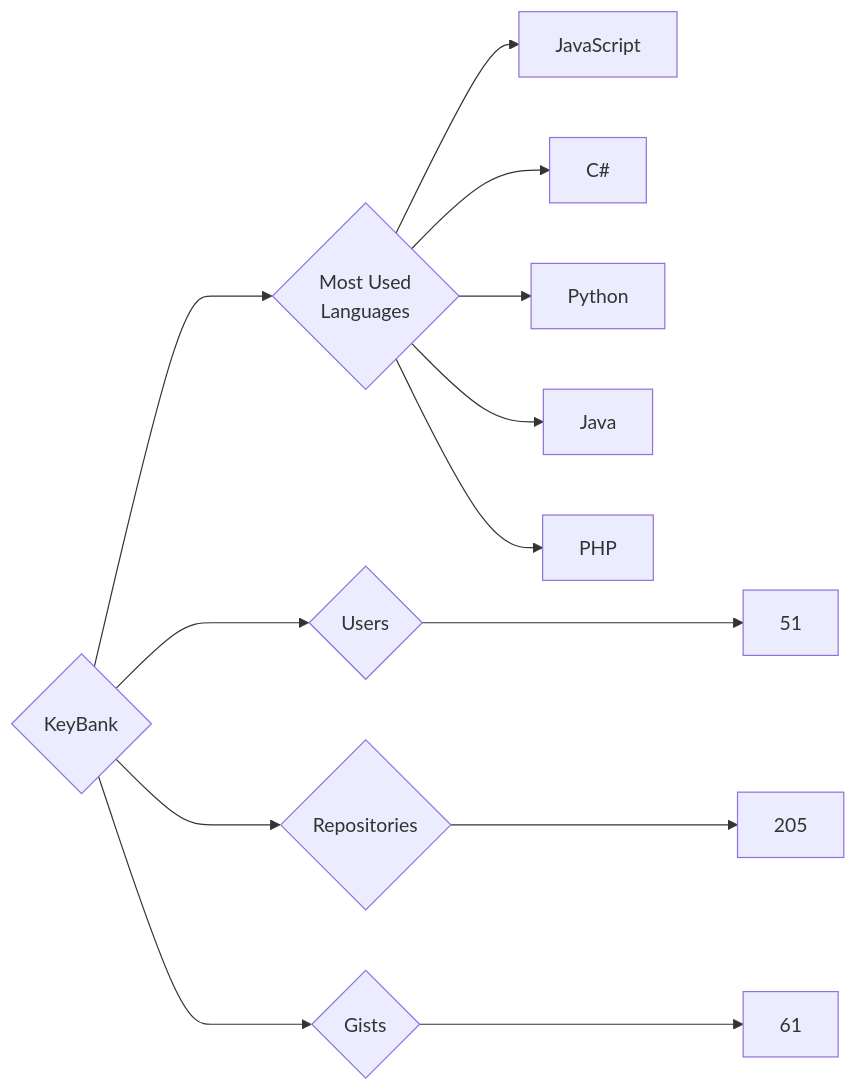
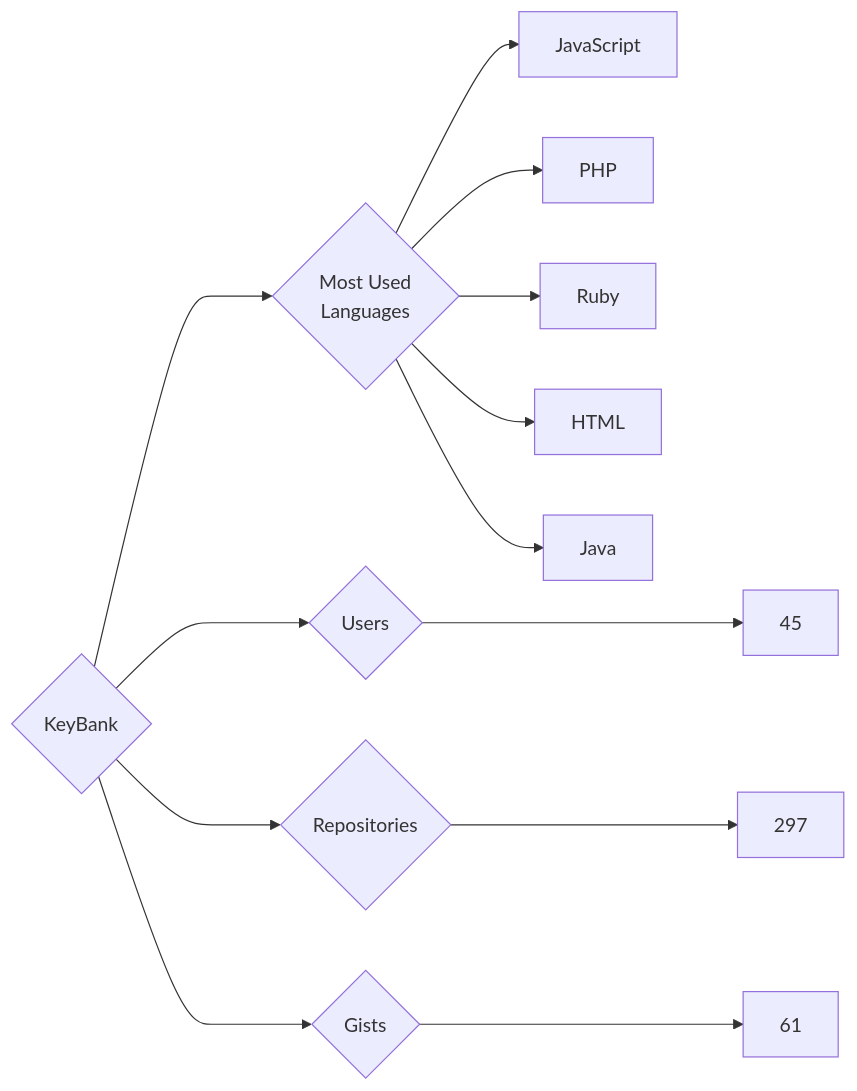
The diagram in targets/KeyBank/README.md (trickest/insiders), drawn with Mermaid before and after one commit. The commit also changed 614 other files, not shown here.

````diff
--- a/targets/KeyBank/README.md
+++ b/targets/KeyBank/README.md
@@ -3,13 +3,13 @@
 ```mermaid
 graph LR
 COMPANY_NAME{KeyBank}
-COMPANY_NAME ---> U{Users} ---> UN[51]
-COMPANY_NAME ---> R{Repositories} ---> RN[205]
+COMPANY_NAME ---> U{Users} ---> UN[45]
+COMPANY_NAME ---> R{Repositories} ---> RN[297]
 COMPANY_NAME ---> G{Gists} ---> GN[61]
 COMPANY_NAME ---> ML{Most Used<br>Languages}
 ML --> JavaScript[JavaScript]
-ML --> C#[C#]
-ML --> Python[Python]
+ML --> PHP[PHP]
+ML --> Ruby[Ruby]
+ML --> HTML[HTML]
 ML --> Java[Java]
-ML --> PHP[PHP]
 ```
````
